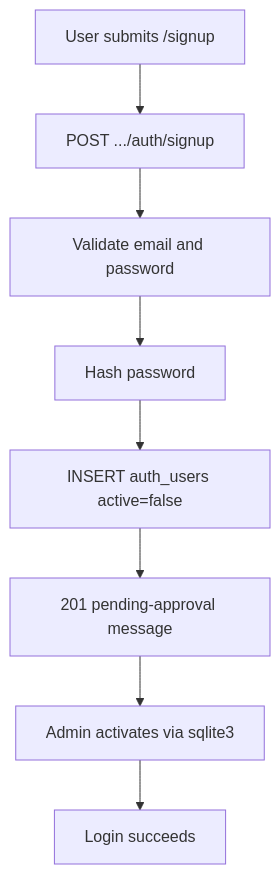
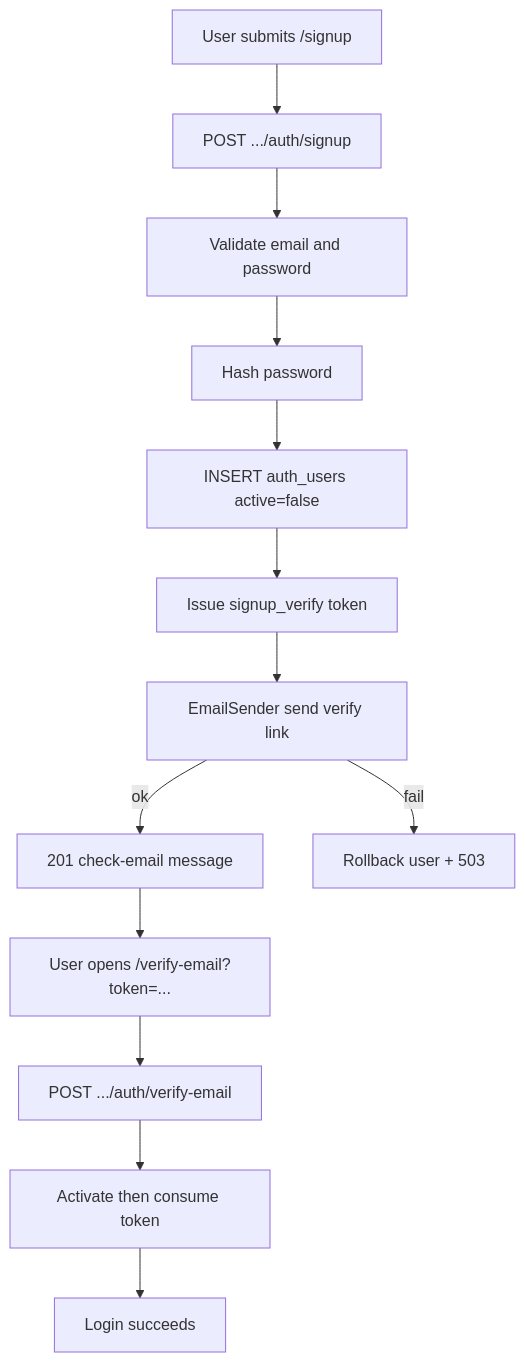
Before and after one commit to mikeyjay39/life-manager: the first of 5 diagrams in docs/development_faq.md, drawn with Mermaid. The commit also changed other lines of this file and 1 other file, not shown here.

First line of the commit message:
Email: docs, FAQ, and Resend ops checklist (#220) (#239)

````diff
--- a/docs/development_faq.md
+++ b/docs/development_faq.md
@@ -143,10 +143,15 @@
 ```mermaid
 flowchart TD
   A[User submits /signup] --> B[POST .../auth/signup]
   B --> C[Validate email and password]
   C --> D[Hash password]
   D --> E["INSERT auth_users active=false"]
-  E --> F[201 pending-approval message]
-  F --> G[Admin activates via sqlite3]
-  G --> H[Login succeeds]
+  E --> F[Issue signup_verify token]
+  F --> G[EmailSender send verify link]
+  G -->|ok| H[201 check-email message]
+  G -->|fail| I[Rollback user + 503]
+  H --> J["User opens /verify-email?token=..."]
+  J --> K[POST .../auth/verify-email]
+  K --> L[Activate then consume token]
+  L --> M[Login succeeds]
 ```
````
